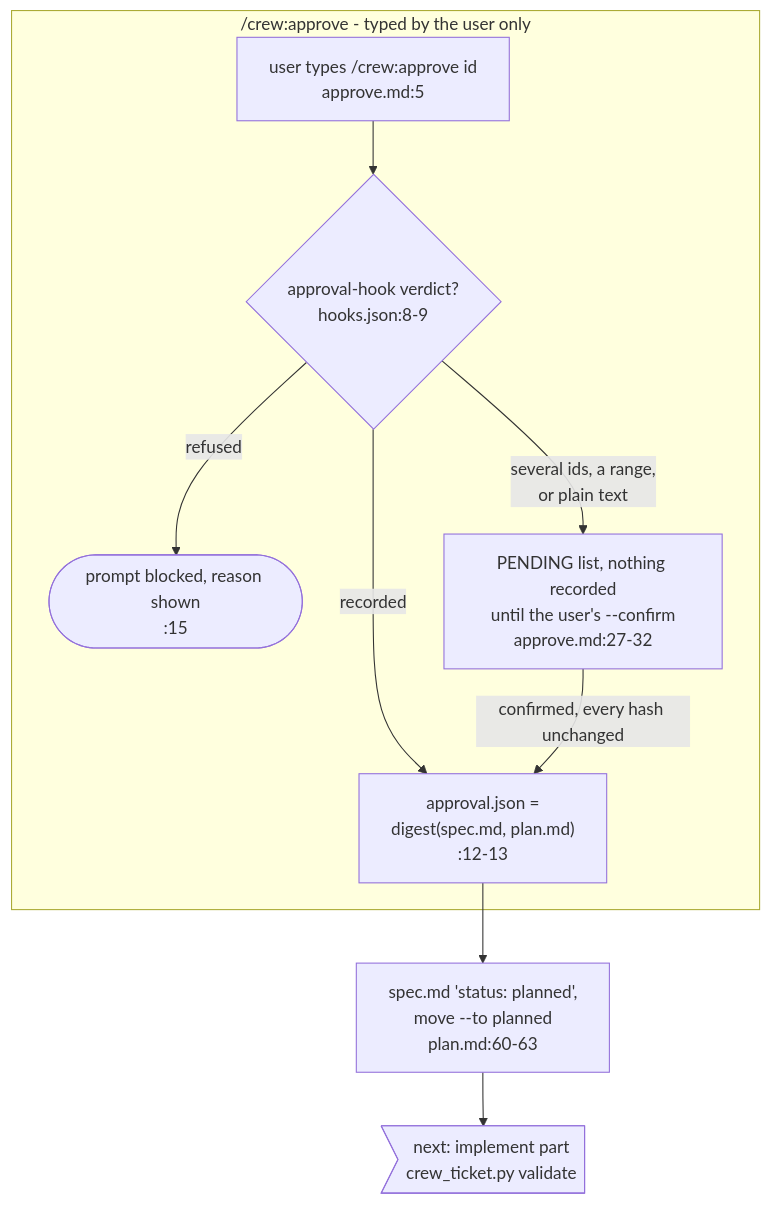
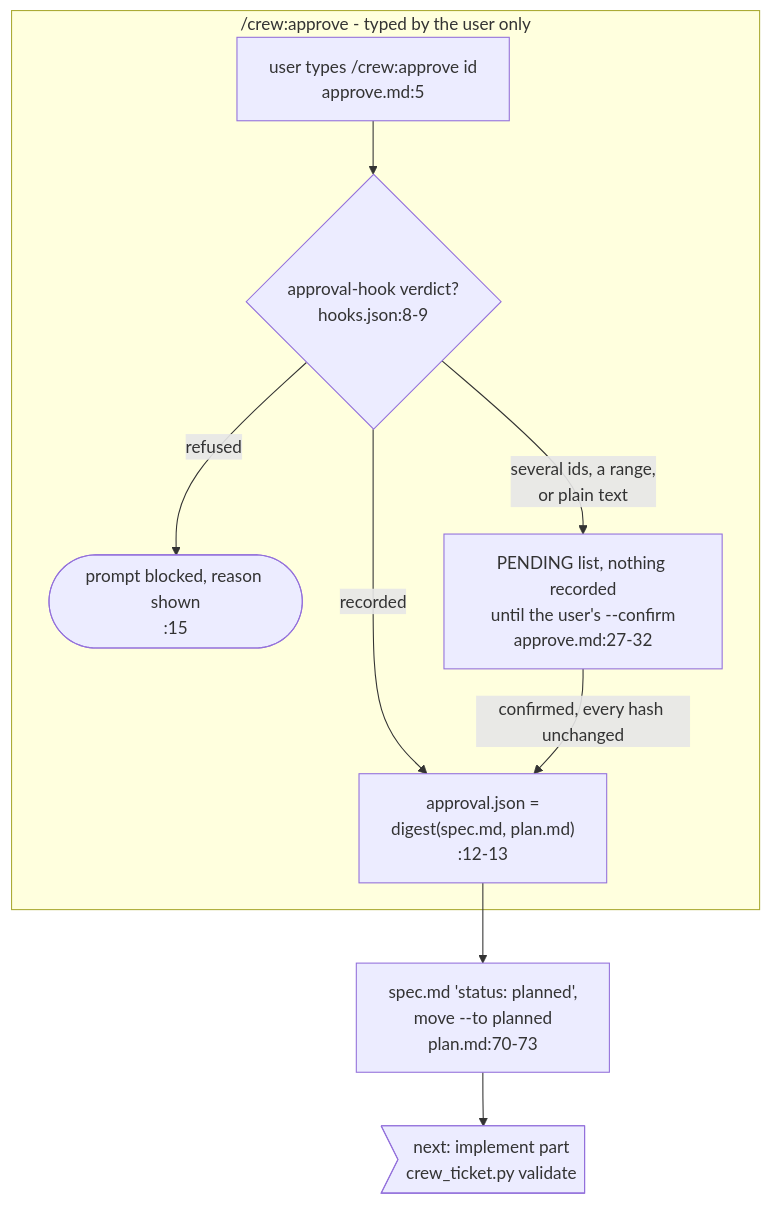
Before and after one commit to mbadali25/useful-claude-add-ons: diagram 28 of 38 in docs/diagrams/README.md, drawn with Mermaid. The commit also changed other lines of this file and 29 other files, not shown here.

First line of the commit message:
L-0850: docs and artifact refresh (codemap, rules, diagrams, graph, README and SECURITY.md for the 36 to 16 hooks.json change); docs/refresh only, no code (owner waiver 2026-10-20)

````diff
--- a/docs/diagrams/README.md
+++ b/docs/diagrams/README.md
@@ -1074,14 +1074,14 @@
 ```mermaid
 flowchart TB
     subgraph approve["/crew:approve - typed by the user only"]
         ap0["user types /crew:approve id<br/>approve.md:5"]
         ap0 --> ap1{"approval-hook verdict?<br/>hooks.json:8-9"}
         ap1 -- refused --> apx([prompt blocked, reason shown<br/>:15])
         ap1 -- recorded --> ap2["approval.json =<br/>digest(spec.md, plan.md)<br/>:12-13"]
         ap1 -- "several ids, a range,<br/>or plain text" --> apg["PENDING list, nothing recorded<br/>until the user's --confirm<br/>approve.md:27-32"]
         apg -- "confirmed, every hash unchanged" --> ap2
     end
 
-    ap2 --> planned["spec.md 'status: planned',<br/>move --to planned<br/>plan.md:60-63"]
+    ap2 --> planned["spec.md 'status: planned',<br/>move --to planned<br/>plan.md:70-73"]
     planned --> to_im0>"next: implement part<br/>crew_ticket.py validate"]
 ```
````
